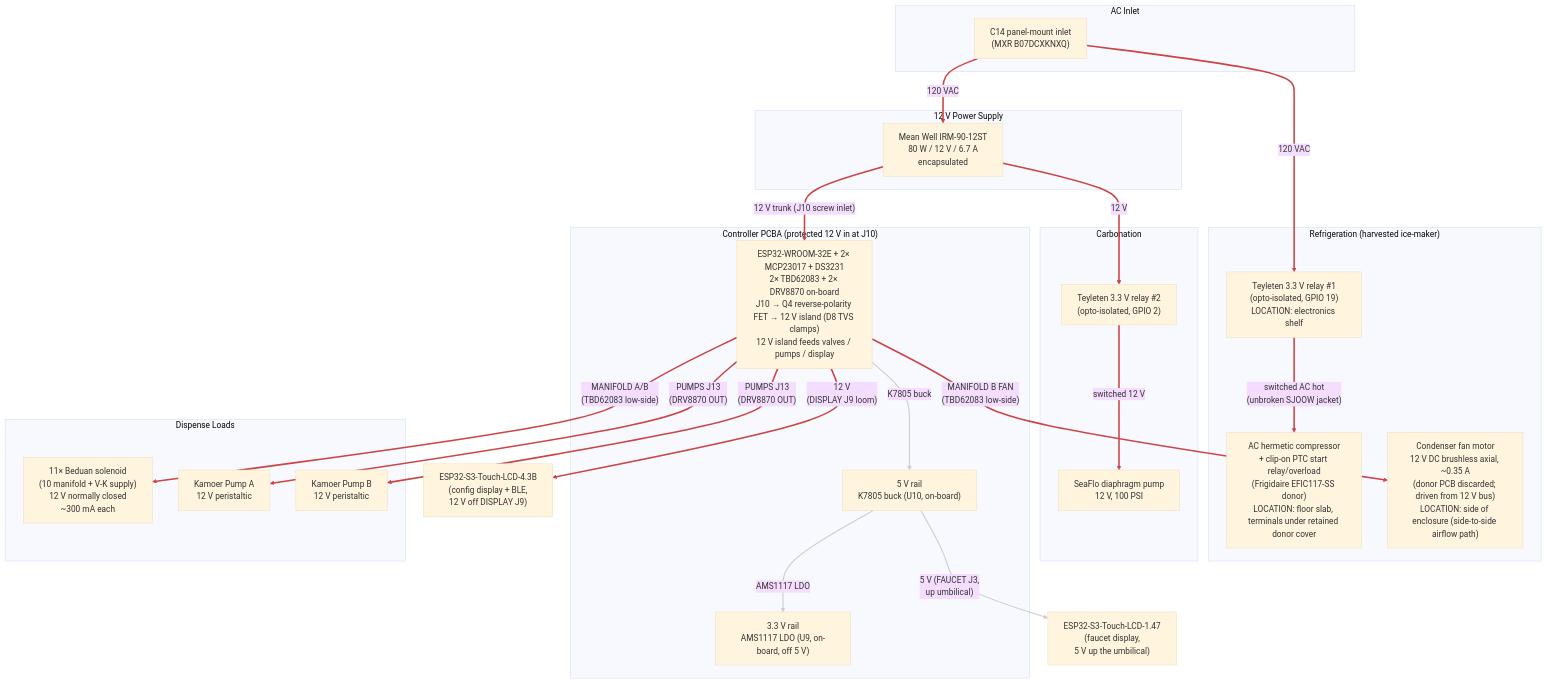
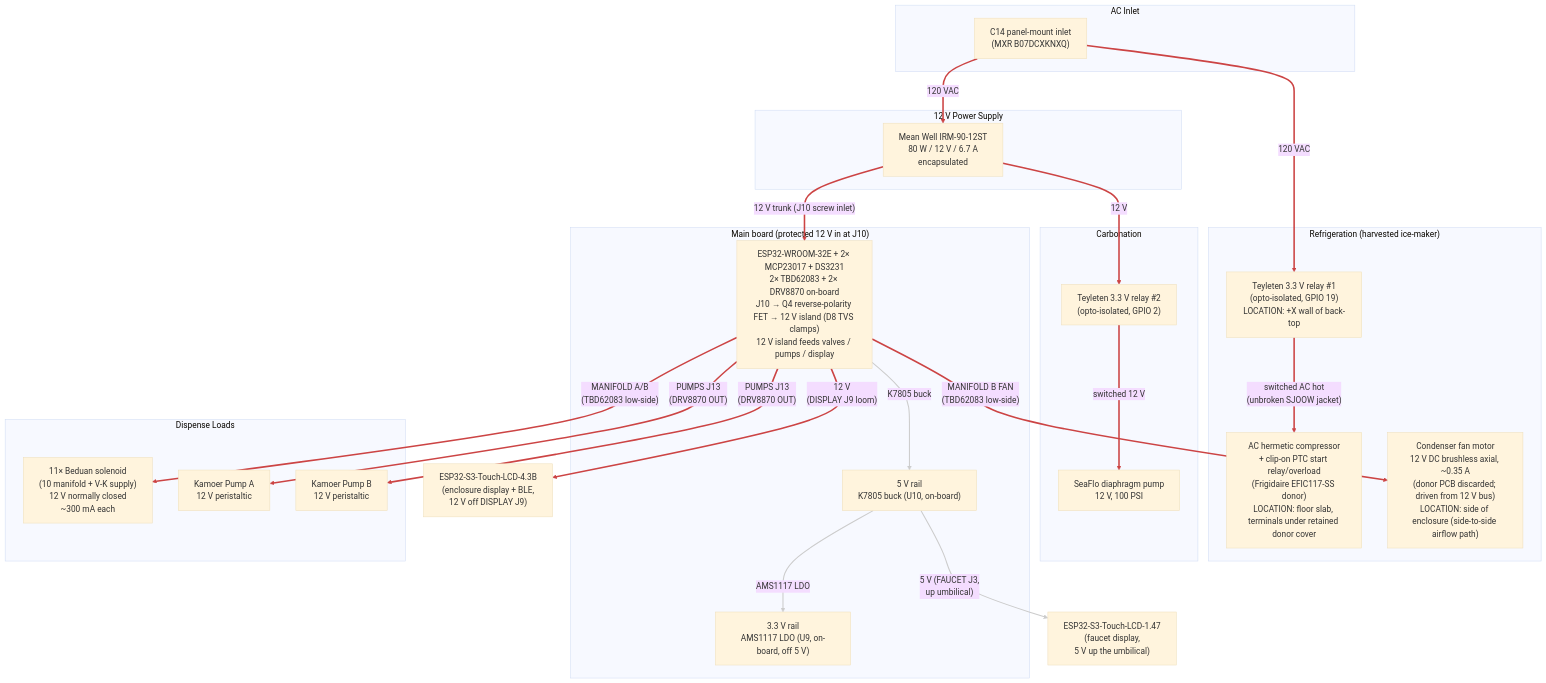
One commit to derekbreden/homesodamachine changed the diagram in hardware/wiring/power.mmd. Above: the diagram before and after it, drawn with Mermaid (base theme). The commit also changed 12 other files, not shown here.

Commit message:
wiring, topology: the main board, the enclosure display, the +X and +Y walls, the funnel

```diff
--- a/hardware/wiring/power.mmd
+++ b/hardware/wiring/power.mmd
@@ -1,129 +1,129 @@
 flowchart TD
 
   %% Power Distribution (current plan).
   %% 120 VAC mains in via C14 inlet; Mean Well 12 V PSU supplies the
   %% 12 V bus for everything except the compressor itself, which runs
-  %% on switched mains via Teyleten relay #1 (PCBA RELAYS J5, ESP32
+  %% on switched mains via Teyleten relay #1 (main board RELAYS J5, ESP32
   %% GPIO 19). The 12 V diaphragm pump is gated by Teyleten relay #2
-  %% (PCBA RELAYS J5, ESP32 GPIO 2) so firmware can keep refill off
+  %% (main board RELAYS J5, ESP32 GPIO 2) so firmware can keep refill off
   %% during an active dispense. Both relay modules take their coil/opto
   %% 5 V from RELAYS J5.
-  %% The 12 V bus feeds the controller PCBA at its screw inlet (J10).
+  %% The 12 V bus feeds the main board at its screw inlet (J10).
   %% The inlet is protected in series: a P-channel MOSFET (Q4, AO3407)
   %% in the high side blocks reverse polarity before the 12 V reaches the
-  %% island; and a 15 V TVS (D8, SMAJ15A) clamps input surges the board
+  %% island; and a 15 V TVS (D8, SMAJ15A) clamps input surges the main board
   %% sees to under C3's 25 V rating. Overcurrent is bounded by the Mean
   %% Well supply's own 6.7 A OCP.
-  %% The board makes its own logic rails — 5 V from the on-board K7805
+  %% The main board makes its own logic rails — 5 V from the on-board K7805
   %% buck (U10), 3.3 V from the on-board AMS1117 LDO (U9, off the 5 V
   %% rail) — and carries the WROOM, both MCP23017s, the RTC, both
   %% TBD62083s, and the two DRV8870 pump H-bridges. Off-board 12 V
-  %% loads draw through the board: solenoid valves + condenser fan
+  %% loads draw through the main board: solenoid valves + condenser fan
   %% through the TBD62083 channels (MANIFOLD A/B), peristaltic pumps through
-  %% the DRV8870s (PUMPS J13), and the 4.3B config display through its
+  %% the DRV8870s (PUMPS J13), and the enclosure display through its
   %% loom connector (DISPLAY J9 carries RS485 + 12 V). The faucet
   %% display takes 5 V up the umbilical (FAUCET J3); the sensor loom
   %% (SENSORS J4) and the MQ-6 heater (GAS J11) draw 5 V / 3.3 V off
   %% the same on-board rails.
   %% Physical placement:
   %% - The C14 inlet, AC distribution, PSU, both Teyleten relays, and
-  %%   the controller PCBA sit on a single electronics shelf at the
-  %%   top-back of the enclosure, behind the rear-wall C14 inlet.
+  %%   the main board all stand on the +X wall of back-top, behind the
+  %%   C14 inlet's crossing in the +Y wall beside it.
   %% - The compressor sits middle-bottom, bolted down to the enclosure
   %%   floor slab on four printed posts. Its terminal block and its
   %%   clip-on PTC start relay + overload module remain under the R-600a
   %%   donor's own moulded power-box cover. The build adds no second
   %%   sheet-metal shroud; `/business/regulatory.md` carries the
   %%   qualification still owed on the retained donor cover.
-  %% - Teyleten relay #1 stays on the SHELF, away from the refrigerant
+  %% - Teyleten relay #1 stays on the +X WALL, away from the refrigerant
   %%   compartment. Only switched AC reaches the compressor — one
   %%   jacketed SJOOW bundle, switched H + N + chassis G (AC-4/5/6),
-  %%   unbroken from the shelf and its own strain relief. This keeps
+  %%   unbroken from that wall and its own strain relief. This keeps
   %%   the arcing contact out of the hydrocarbon-refrigerant volume,
   %%   which is the one placement rule that still holds there.
   %% - The condenser fan motor is on the side of the enclosure
   %%   (the side-to-side intake → condenser → exhaust airflow path).
   %%   It is a 12 V DC brushless axial
   %%   fan: the donor ice maker's own PCB regulated mains to 12 V
   %%   to drive it (factory wiring was never AC on the fan itself),
   %%   so on harvest we discard the donor PCB and drive the fan
   %%   from our own 12 V bus. Low-side switched via one channel of
   %%   TBD62083 #2 (MANIFOLD B FAN pin, driven from MCP23017 0x21
   %%   PA3) — same pattern as the solenoid valves. Firmware turns it
   %%   on/off in lockstep with the compressor.
   %% See `ac-wiring-schedule.md` for run-by-run gauges + lengths and
   %% `../assembly/enclosure-mechanical.md` §5 for the compressor's
   %% four floor posts and the bond that lands under one of their screws.
 
   subgraph AC_Inlet["AC Inlet"]
     C14["C14 panel-mount inlet\n(MXR B07DCXKNXQ)"]
   end
 
   subgraph Supply["12 V Power Supply"]
     PSU["Mean Well IRM-90-12ST\n80 W / 12 V / 6.7 A\nencapsulated"]
   end
 
   subgraph Refrigeration["Refrigeration  (harvested ice-maker)"]
-    RELAY["Teyleten 3.3 V relay #1\n(opto-isolated, GPIO 19)\nLOCATION: electronics shelf"]
+    RELAY["Teyleten 3.3 V relay #1\n(opto-isolated, GPIO 19)\nLOCATION: +X wall of back-top"]
     COMP_AC["AC hermetic compressor\n+ clip-on PTC start relay/overload\n(Frigidaire EFIC117-SS donor)\nLOCATION: floor slab, terminals under retained donor cover"]
     COND_FAN["Condenser fan motor\n12 V DC brushless axial, ~0.35 A\n(donor PCB discarded; driven from 12 V bus)\nLOCATION: side of enclosure (side-to-side airflow path)"]
   end
 
   subgraph Carbonation["Carbonation"]
     DIA_RELAY["Teyleten 3.3 V relay #2\n(opto-isolated, GPIO 2)"]
     DIA_PUMP["SeaFlo diaphragm pump\n12 V, 100 PSI"]
   end
 
-  subgraph Board["Controller PCBA  (protected 12 V in at J10)"]
-    PCBA["ESP32-WROOM-32E + 2× MCP23017 + DS3231\n2× TBD62083 + 2× DRV8870 on-board\nJ10 → Q4 reverse-polarity FET → 12 V island (D8 TVS clamps)\n12 V island feeds valves / pumps / display"]
+  subgraph Board["Main board  (protected 12 V in at J10)"]
+    MAIN["ESP32-WROOM-32E + 2× MCP23017 + DS3231\n2× TBD62083 + 2× DRV8870 on-board\nJ10 → Q4 reverse-polarity FET → 12 V island (D8 TVS clamps)\n12 V island feeds valves / pumps / display"]
     REG_5V["5 V rail\nK7805 buck (U10, on-board)"]
     REG_3V3["3.3 V rail\nAMS1117 LDO (U9, on-board, off 5 V)"]
   end
 
   subgraph Dispense["Dispense Loads"]
     VALVES["11× Beduan solenoid\n(10 manifold + V-K supply)\n12 V normally closed\n~300 mA each"]
     PUMP_A["Kamoer Pump A\n12 V peristaltic"]
     PUMP_B["Kamoer Pump B\n12 V peristaltic"]
   end
 
-  CFG["ESP32-S3-Touch-LCD-4.3B\n(config display + BLE,\n 12 V off DISPLAY J9)"]
+  CFG["ESP32-S3-Touch-LCD-4.3B\n(enclosure display + BLE,\n 12 V off DISPLAY J9)"]
 
   FAUCET["ESP32-S3-Touch-LCD-1.47\n(faucet display,\n 5 V up the umbilical)"]
 
   %% AC distribution (hot leg)
   C14 ==>|"120 VAC"| RELAY
   C14 ==>|"120 VAC"| PSU
   RELAY ==>|"switched AC hot\n(unbroken SJOOW jacket)"| COMP_AC
 
   %% 12 V distribution
-  PSU ==>|"12 V trunk (J10 screw inlet)"| PCBA
+  PSU ==>|"12 V trunk (J10 screw inlet)"| MAIN
   PSU ==>|"12 V"| DIA_RELAY
   DIA_RELAY ==>|"switched 12 V"| DIA_PUMP
-  PCBA ==>|"MANIFOLD A/B\n(TBD62083 low-side)"| VALVES
-  PCBA ==>|"MANIFOLD B FAN\n(TBD62083 low-side)"| COND_FAN
-  PCBA ==>|"PUMPS J13\n(DRV8870 OUT)"| PUMP_A
-  PCBA ==>|"PUMPS J13\n(DRV8870 OUT)"| PUMP_B
-  PCBA ==>|"12 V\n(DISPLAY J9 loom)"| CFG
+  MAIN ==>|"MANIFOLD A/B\n(TBD62083 low-side)"| VALVES
+  MAIN ==>|"MANIFOLD B FAN\n(TBD62083 low-side)"| COND_FAN
+  MAIN ==>|"PUMPS J13\n(DRV8870 OUT)"| PUMP_A
+  MAIN ==>|"PUMPS J13\n(DRV8870 OUT)"| PUMP_B
+  MAIN ==>|"12 V\n(DISPLAY J9 loom)"| CFG
 
-  %% Logic rails (made on the PCBA)
-  PCBA -->|"K7805 buck"| REG_5V
+  %% Logic rails (made on the main board)
+  MAIN -->|"K7805 buck"| REG_5V
   REG_5V -->|"5 V (FAUCET J3,\n up umbilical)"| FAUCET
   REG_5V -->|"AMS1117 LDO"| REG_3V3
 
   %% Power paths (red, thick).
   %% 0    = C14 -> relay #1 (AC mains)
   %% 1    = C14 -> PSU (AC mains)
   %% 2    = relay #1 -> compressor (switched AC, unbroken SJOOW jacket)
-  %% 3    = PSU 12 V trunk -> PCBA (J10)
+  %% 3    = PSU 12 V trunk -> MAIN (J10)
   %% 4    = PSU 12 V -> diaphragm relay #2
   %% 5    = relay #2 -> diaphragm pump (switched 12 V)
-  %% 6    = PCBA -> solenoid valves (TBD62083 low-side)
-  %% 7    = PCBA -> condenser fan (TBD62083 low-side)
-  %% 8-9  = PCBA -> peristaltic pumps (DRV8870)
-  %% 10   = PCBA -> 4.3B config display (12 V off J9)
+  %% 6    = MAIN -> solenoid valves (TBD62083 low-side)
+  %% 7    = MAIN -> condenser fan (TBD62083 low-side)
+  %% 8-9  = MAIN -> peristaltic pumps (DRV8870)
+  %% 10   = MAIN -> enclosure display (12 V off J9)
   linkStyle 0,1,2,3,4,5,6,7,8,9,10 stroke:#c44,stroke-width:3px
-  %% Logic rails (5 V, 3.3 V), made on the PCBA: white workhorse.
+  %% Logic rails (5 V, 3.3 V), made on the main board: white workhorse.
   %% 11 = K7805 buck -> 5 V rail
   %% 12 = 5 V rail -> faucet display (up umbilical)
   %% 13 = AMS1117 -> 3.3 V rail
   linkStyle 11,12,13 stroke:#ccc,stroke-width:2px
```
